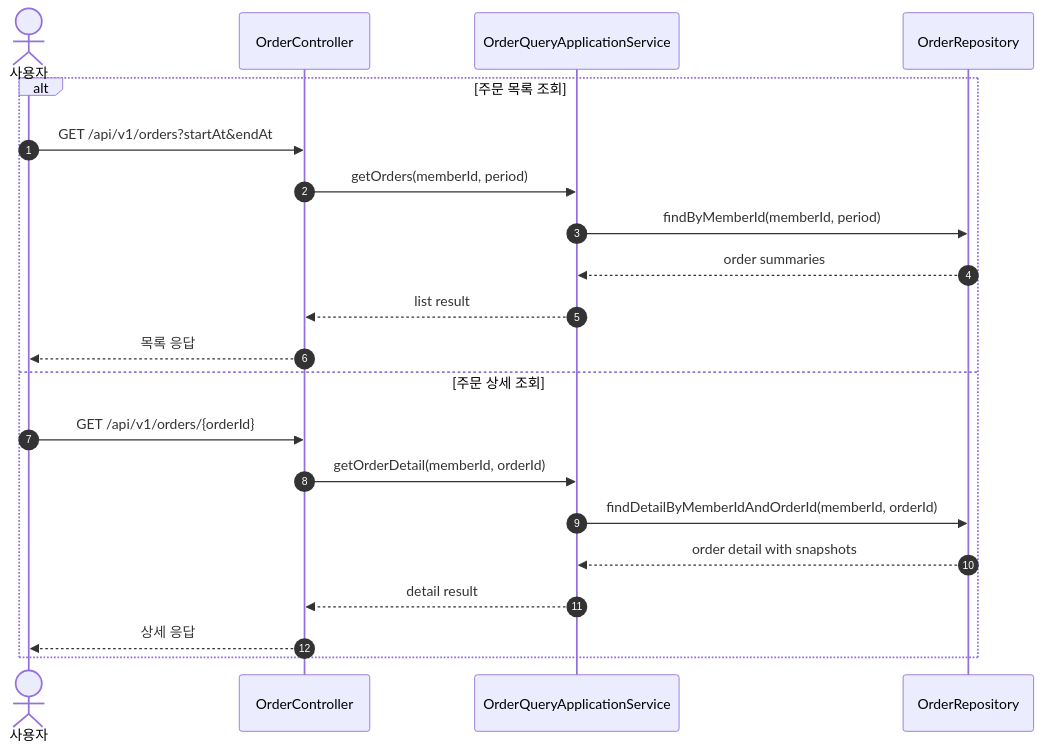
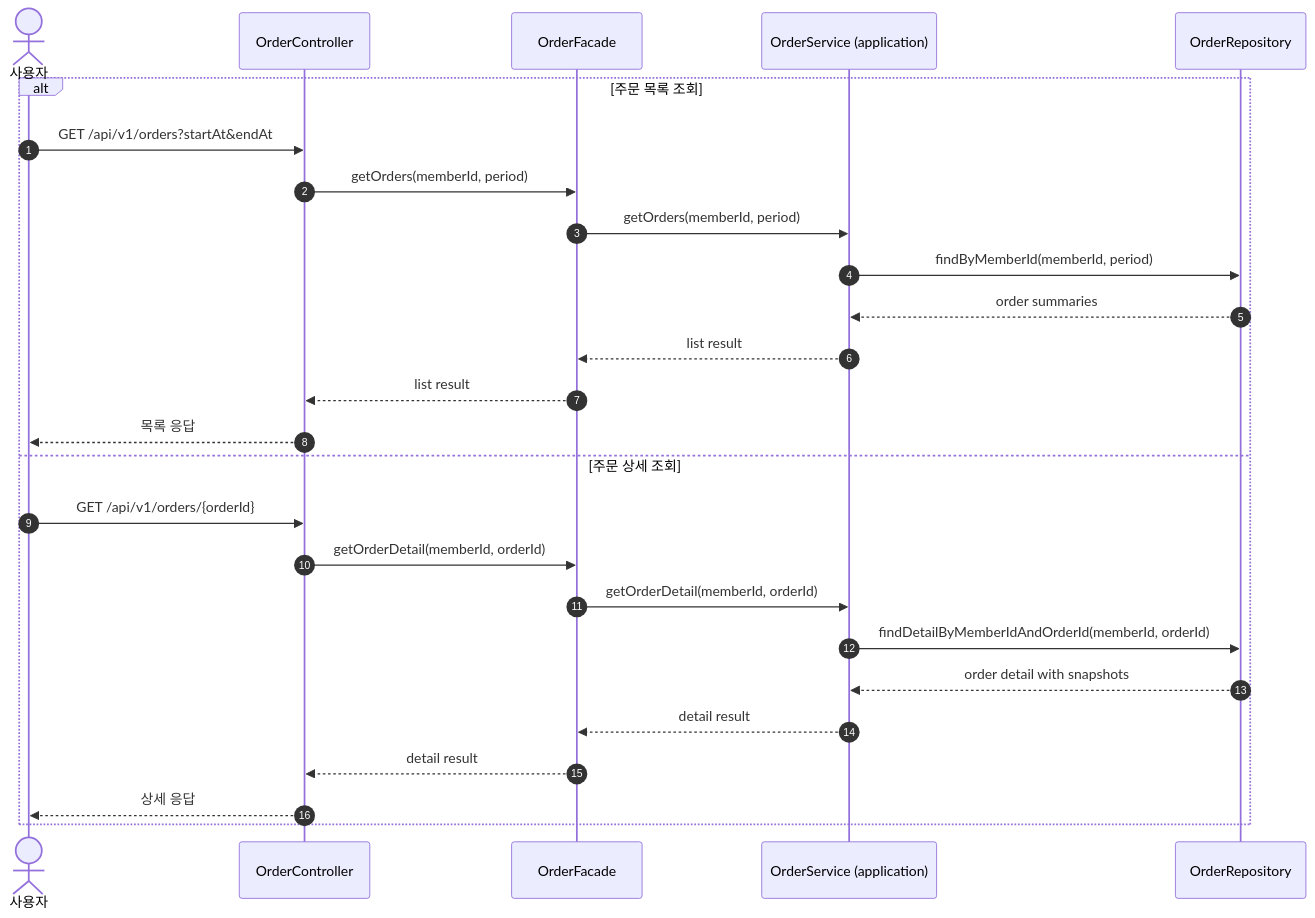
One commit to loopers-labs/loop-pack-be-l2-vol4-kotlin changed the diagram in docs/week2/04-sequence-order-query.md. Above: the diagram before and after it, drawn with Mermaid. The commit also changed other lines of this file and 6 other files, not shown here.

````diff
--- a/docs/week2/04-sequence-order-query.md
+++ b/docs/week2/04-sequence-order-query.md
@@ -10,24 +10,29 @@
 ```mermaid
 sequenceDiagram
     autonumber
     actor User as 사용자
     participant OrderController as OrderController
-    participant OrderAppService as OrderQueryApplicationService
+    participant OrderFacade as OrderFacade
+    participant OrderService as OrderService (application)
     participant OrderRepo as OrderRepository
 
     alt 주문 목록 조회
         User->>OrderController: GET /api/v1/orders?startAt&endAt
-        OrderController->>OrderAppService: getOrders(memberId, period)
-        OrderAppService->>OrderRepo: findByMemberId(memberId, period)
-        OrderRepo-->>OrderAppService: order summaries
-        OrderAppService-->>OrderController: list result
+        OrderController->>OrderFacade: getOrders(memberId, period)
+        OrderFacade->>OrderService: getOrders(memberId, period)
+        OrderService->>OrderRepo: findByMemberId(memberId, period)
+        OrderRepo-->>OrderService: order summaries
+        OrderService-->>OrderFacade: list result
+        OrderFacade-->>OrderController: list result
         OrderController-->>User: 목록 응답
     else 주문 상세 조회
         User->>OrderController: GET /api/v1/orders/{orderId}
-        OrderController->>OrderAppService: getOrderDetail(memberId, orderId)
-        OrderAppService->>OrderRepo: findDetailByMemberIdAndOrderId(memberId, orderId)
-        OrderRepo-->>OrderAppService: order detail with snapshots
-        OrderAppService-->>OrderController: detail result
+        OrderController->>OrderFacade: getOrderDetail(memberId, orderId)
+        OrderFacade->>OrderService: getOrderDetail(memberId, orderId)
+        OrderService->>OrderRepo: findDetailByMemberIdAndOrderId(memberId, orderId)
+        OrderRepo-->>OrderService: order detail with snapshots
+        OrderService-->>OrderFacade: detail result
+        OrderFacade-->>OrderController: detail result
         OrderController-->>User: 상세 응답
     end
 ```
````
